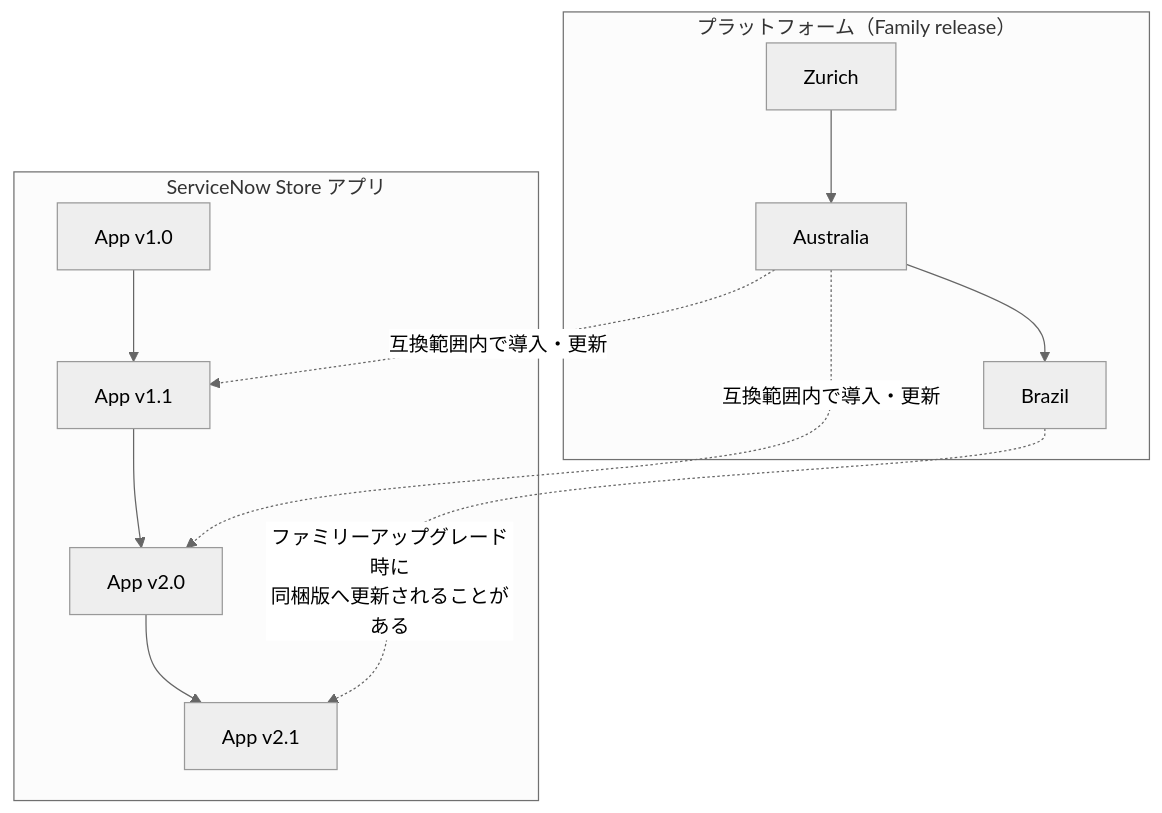
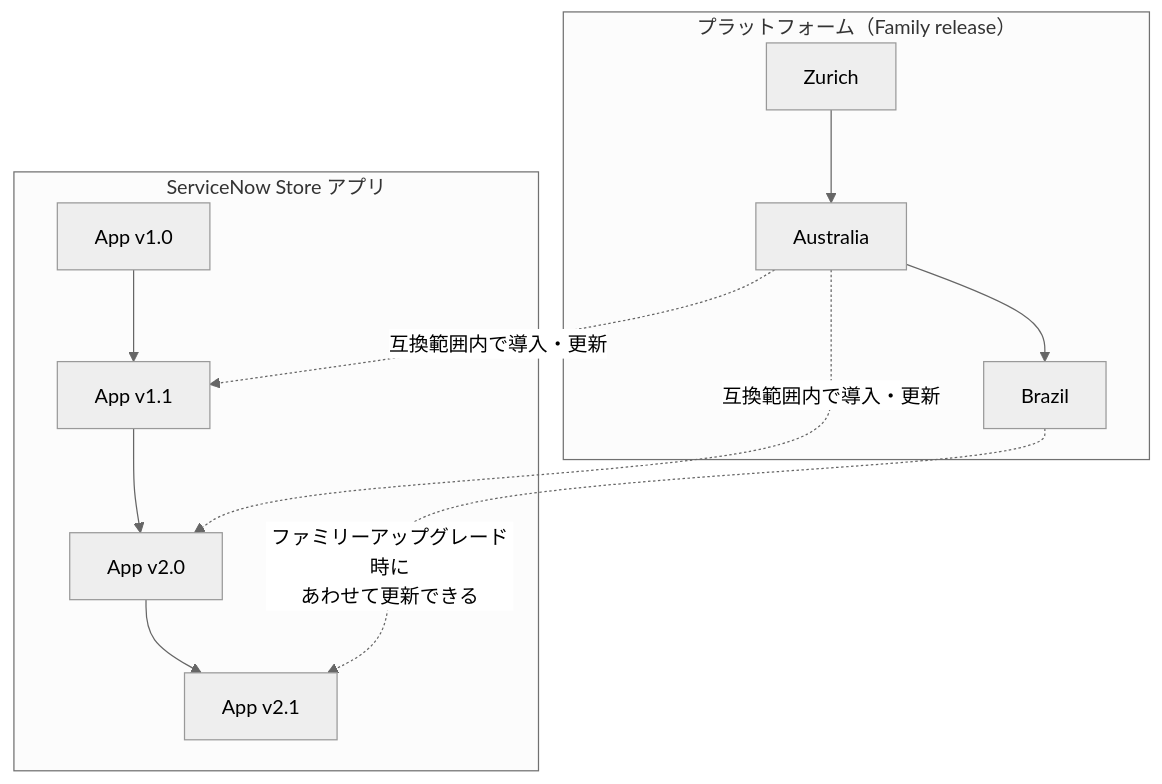
The second of 2 diagrams in ServiceNow/01_入門編/07-release-cycle.md (hidefumiagata/platform-doc), drawn with Mermaid (neutral theme) before and after one commit. The commit also changed other lines of this file and 346 other files, not shown here.

````diff
--- a/ServiceNow/01_入門編/07-release-cycle.md
+++ b/ServiceNow/01_入門編/07-release-cycle.md
@@ -325,12 +335,12 @@
 ```mermaid
 flowchart TB
     subgraph Platform[プラットフォーム（Family release）]
         P1[Zurich] --> P2[Australia] --> P3[Brazil]
     end
     subgraph Store[ServiceNow Store アプリ]
         S1[App v1.0] --> S2[App v1.1] --> S3[App v2.0] --> S4[App v2.1]
     end
     P2 -. 互換範囲内で導入・更新 .-> S2
     P2 -. 互換範囲内で導入・更新 .-> S3
-    P3 -. ファミリーアップグレード時に<br/>同梱版へ更新されることがある .-> S4
+    P3 -. ファミリーアップグレード時に<br/>あわせて更新できる .-> S4
 ```
````
